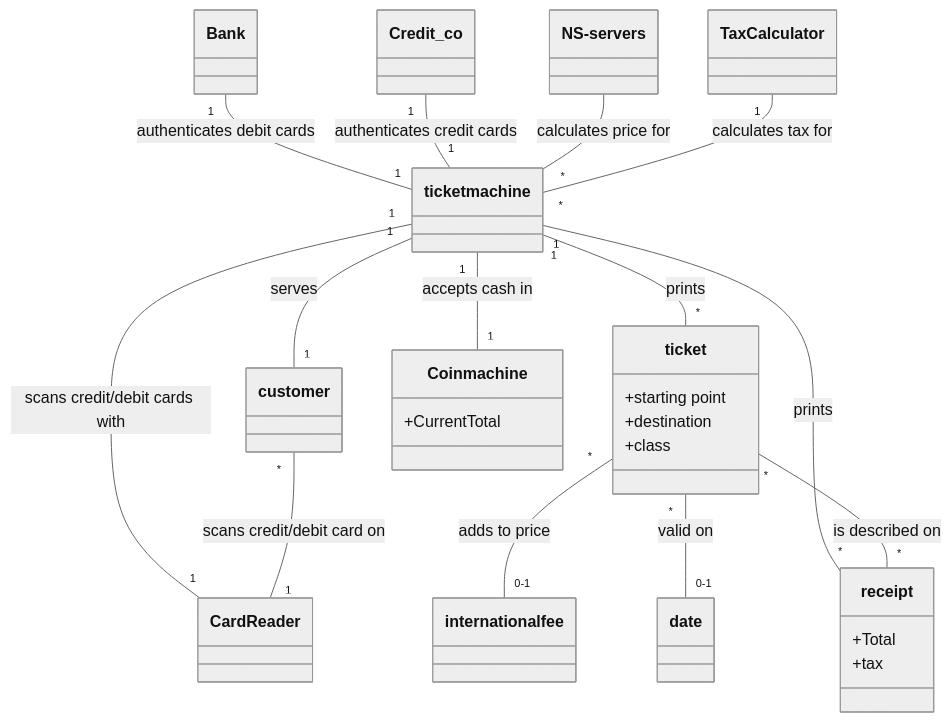
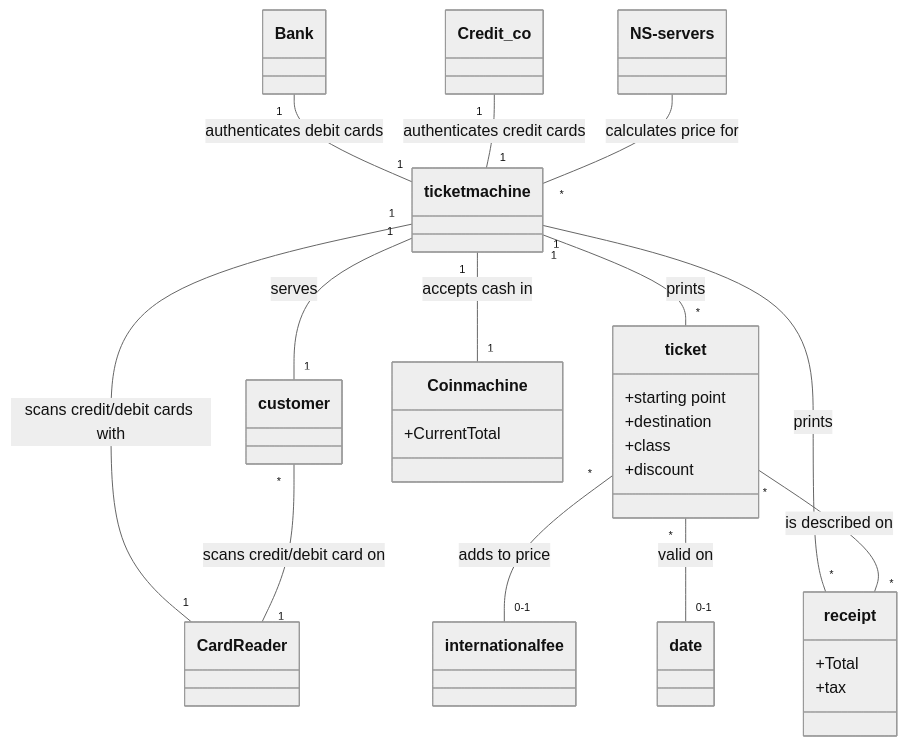
One commit to ThannerJonna/MSO23_G19 changed the diagram in Domain.md. Above: the diagram before and after it, drawn with Mermaid (neutral theme).

Commit message:
small changes domain

````diff
--- a/Domain.md
+++ b/Domain.md
@@ -1,35 +1,39 @@
 ```mermaid
 classDiagram
 
 ticketmachine "1" -- "1" customer : serves
 ticket "*" -- "0-1" international fee : adds to price
 ticketmachine "1" -- "*" ticket : prints
 Bank  "1" -- "1" ticketmachine : authenticates debit cards
 Credit_co "1" -- "1"  ticketmachine : authenticates credit cards
 ticket "*" -- "0-1" date : valid on
 NS-servers -- "*" ticketmachine : calculates price for
 ticketmachine "1" -- "*" receipt : prints
 ticket "*" -- "*" receipt : is described on
 ticketmachine "1" -- "1" Coin machine : accepts cash in
 ticketmachine "1" -- "1" CardReader : scans credit/debit cards with
 customer "*"  -- "1" CardReader : scans credit/debit card on
-TaxCalculator "1" -- "*" ticketmachine : calculates tax for
 
 class ticketmachine
 
 class ticket{
     +starting point
     +destination
     +class
+    +discount
 }
 
 class Coinmachine{
     +CurrentTotal
 }
 
 class receipt{
     +Total
     +tax
 }
 
+
+
+
+
 ```
````
